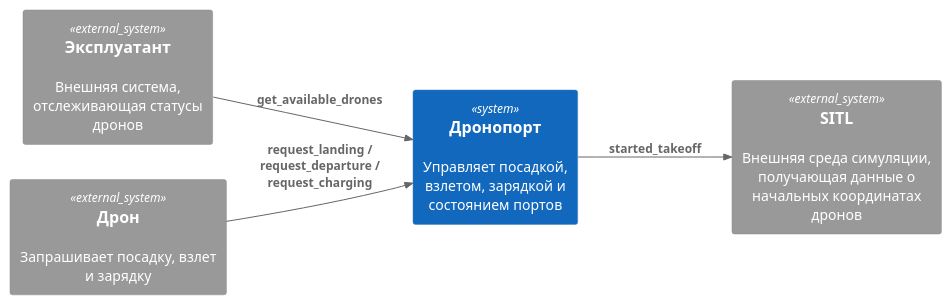
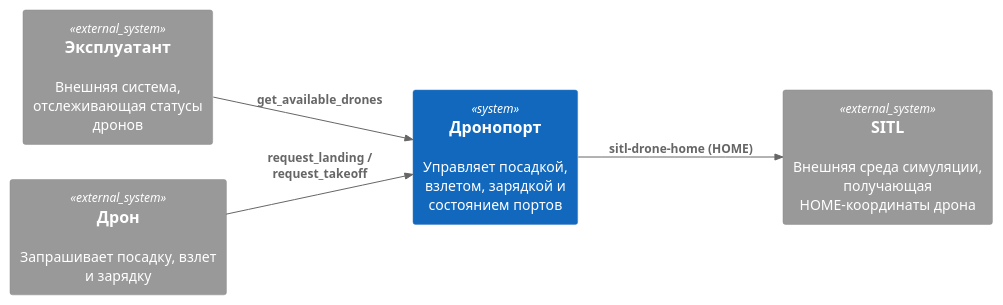
The diagram in systems/drone_port/docs/C1.puml (Kaitrye/DronePortGCS), drawn with PlantUML before and after one commit. The commit also changed 61 other files, not shown here.

```diff
--- a/systems/drone_port/docs/C1.puml
+++ b/systems/drone_port/docs/C1.puml
@@ -1,14 +1,14 @@
 @startuml
 !include https://raw.githubusercontent.com/plantuml-stdlib/C4-PlantUML/master/C4_Context.puml
 LAYOUT_LEFT_RIGHT()
 
 System_Ext(operator_system, "Эксплуатант", "Внешняя система, отслеживающая статусы дронов")
 System(drone_port, "Дронопорт", "Управляет посадкой, взлетом, зарядкой и состоянием портов")
 System_Ext(drone, "Дрон", "Запрашивает посадку, взлет и зарядку")
-System_Ext(sitl, "SITL", "Внешняя среда симуляции, получающая данные о начальных координатах дронов")
+System_Ext(sitl, "SITL", "Внешняя среда симуляции, получающая HOME-координаты дрона")
 
 Rel(operator_system, drone_port, "get_available_drones")
-Rel(drone, drone_port, "request_landing / request_departure / request_charging")
-Rel(drone_port, sitl, "started_takeoff")
+Rel(drone, drone_port, "request_landing / request_takeoff")
+Rel(drone_port, sitl, "sitl-drone-home (HOME)")
 
 @enduml
```
